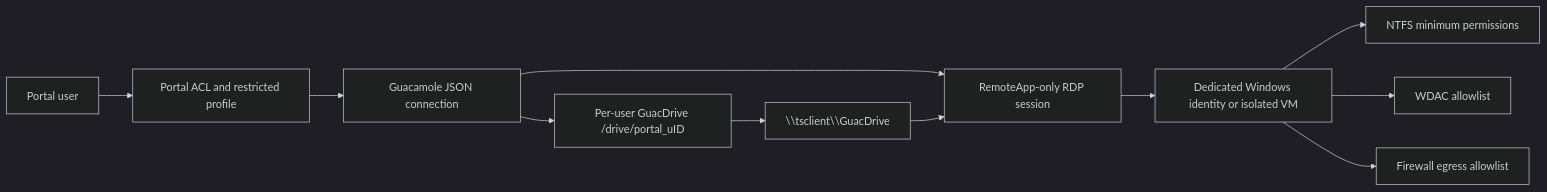
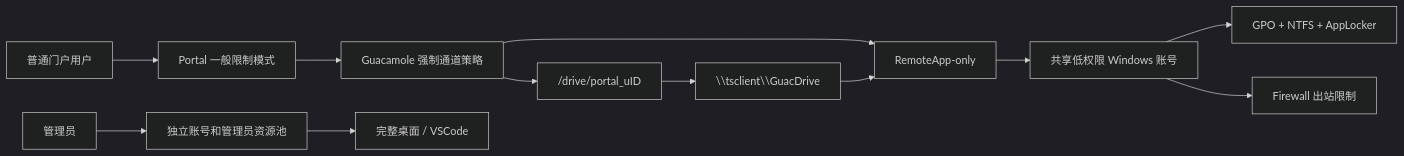
The diagram in .trellis/tasks/07-25-guacdrive-access-isolation/design.md (MagicXran/gucamole_app), drawn with Mermaid (dark theme) before and after one commit. The commit also changed other lines of this file and 4 other files, not shown here.

First line of the commit message:
docs: scope GuacDrive plan to general restrictions

````diff
--- a/.trellis/tasks/07-25-guacdrive-access-isolation/design.md
+++ b/.trellis/tasks/07-25-guacdrive-access-isolation/design.md
@@ -11,13 +9,15 @@
 ```mermaid
 flowchart LR
-    U["Portal user"] --> P["Portal ACL and restricted profile"]
-    P --> G["Guacamole JSON connection"]
-    G --> D["Per-user GuacDrive /drive/portal_uID"]
-    G --> R["RemoteApp-only RDP session"]
-    R --> I["Dedicated Windows identity or isolated VM"]
-    I --> A["NTFS minimum permissions"]
-    I --> W["WDAC allowlist"]
-    I --> F["Firewall egress allowlist"]
+    U["普通门户用户"] --> P["Portal 一般限制模式"]
+    P --> G["Guacamole 强制通道策略"]
+    G --> D["/drive/portal_uID"]
+    G --> R["RemoteApp-only"]
+    R --> S["共享低权限 Windows 账号"]
+    S --> X["GPO + NTFS + AppLocker"]
+    S --> F["Firewall 出站限制"]
     D --> T["\\tsclient\\GuacDrive"]
     T --> R
+
+    A["管理员"] --> AD["独立账号和管理员资源池"]
+    AD --> Desktop["完整桌面 / VSCode"]
 ```
````
